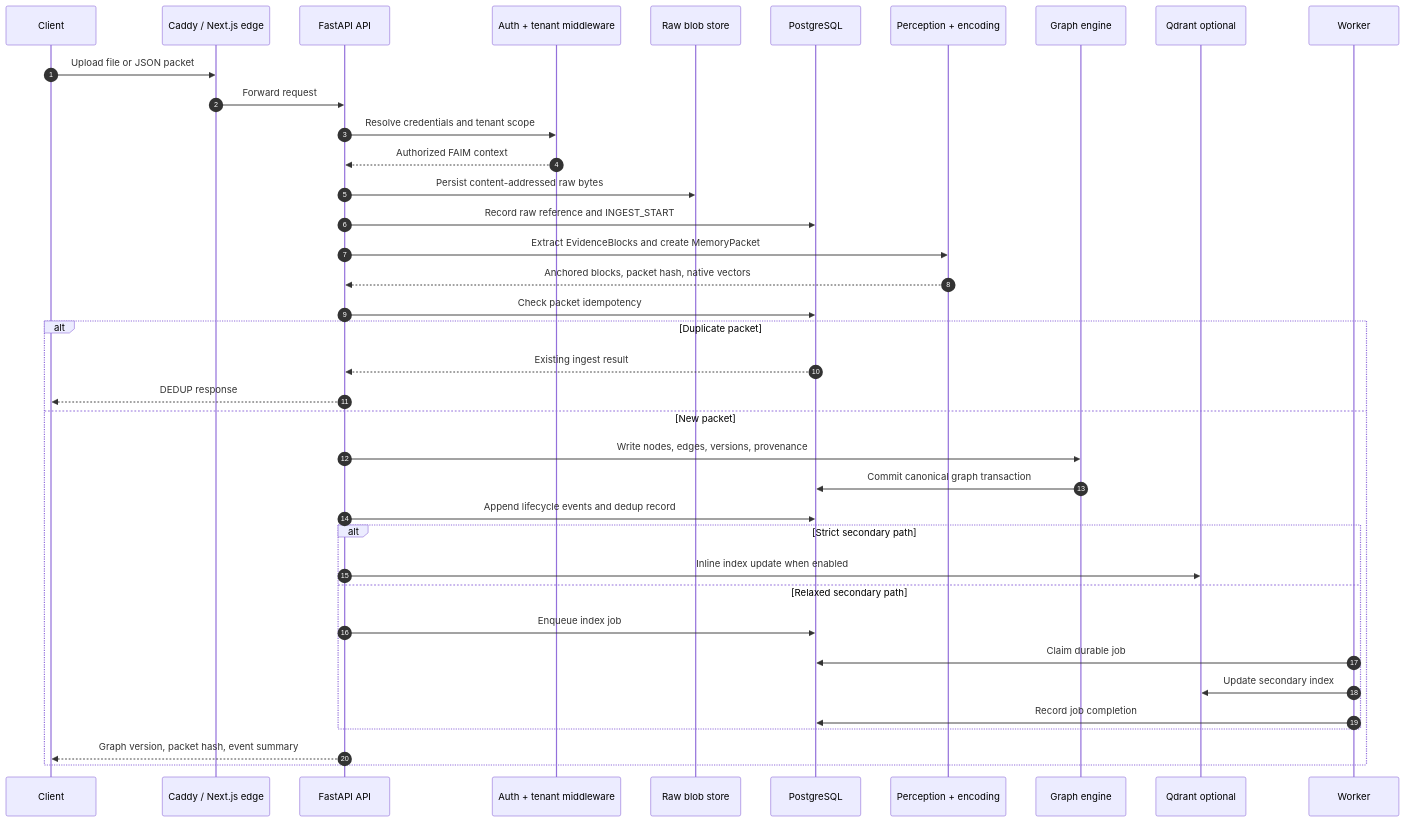
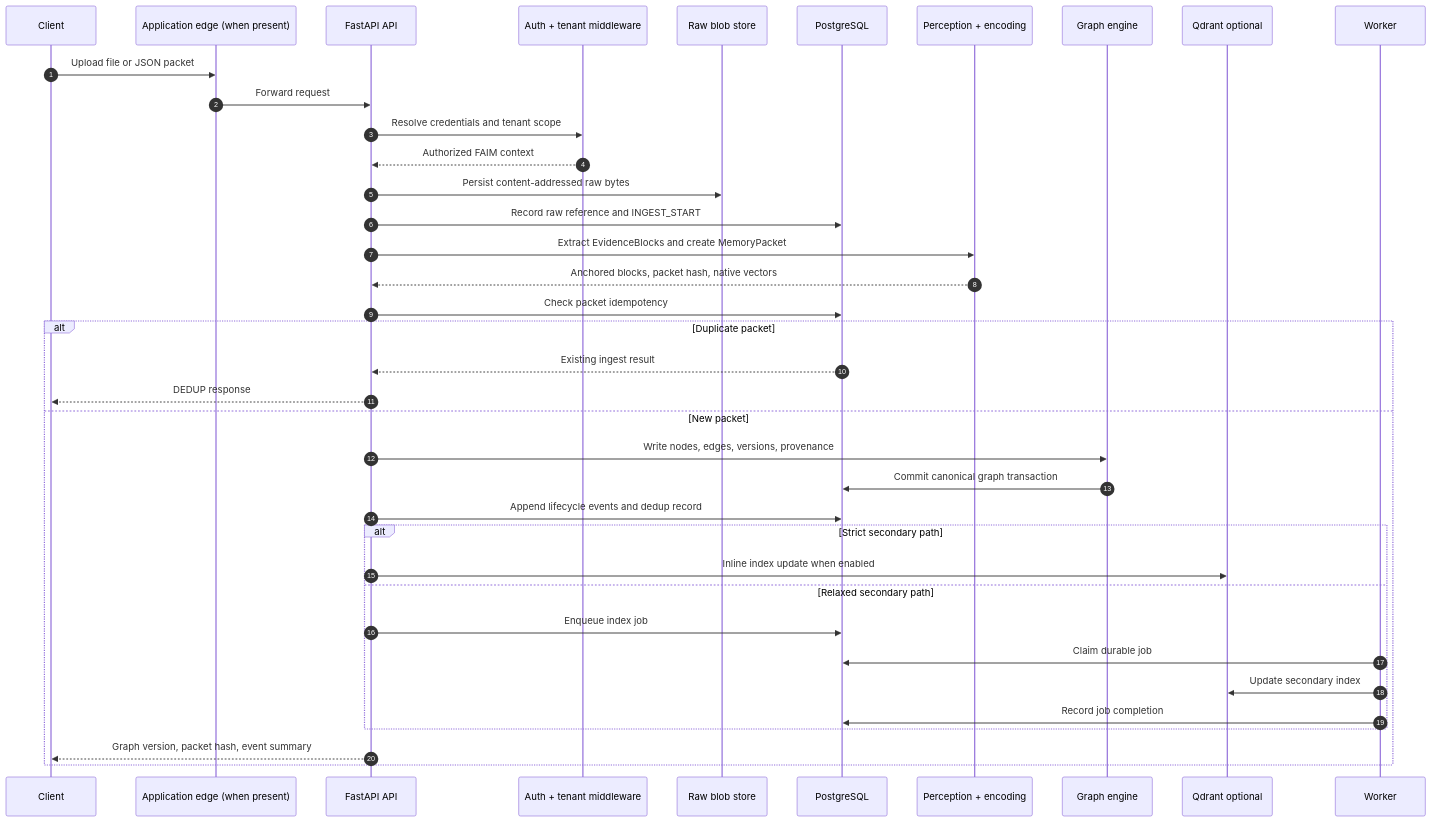
One commit to sainibhaowal/FAIMatrix changed the second of 5 diagrams in README.md. Above: the diagram before and after it, drawn with Mermaid. The commit also changed other lines of this file and 1 other file, not shown here.

Commit message:
docs: make public architecture deployment-neutral

````diff
--- a/README.md
+++ b/README.md
@@ -130,41 +130,41 @@
 ```mermaid
 sequenceDiagram
     autonumber
     participant C as Client
-    participant E as Caddy / Next.js edge
+    participant E as Application edge (when present)
     participant A as FastAPI API
     participant M as Auth + tenant middleware
     participant R as Raw blob store
     participant P as PostgreSQL
     participant X as Perception + encoding
     participant G as Graph engine
     participant Q as Qdrant optional
     participant W as Worker
 
     C->>E: Upload file or JSON packet
     E->>A: Forward request
     A->>M: Resolve credentials and tenant scope
     M-->>A: Authorized FAIM context
     A->>R: Persist content-addressed raw bytes
     A->>P: Record raw reference and INGEST_START
     A->>X: Extract EvidenceBlocks and create MemoryPacket
     X-->>A: Anchored blocks, packet hash, native vectors
     A->>P: Check packet idempotency
     alt Duplicate packet
         P-->>A: Existing ingest result
         A-->>C: DEDUP response
     else New packet
         A->>G: Write nodes, edges, versions, provenance
         G->>P: Commit canonical graph transaction
         A->>P: Append lifecycle events and dedup record
         alt Strict secondary path
             A->>Q: Inline index update when enabled
         else Relaxed secondary path
             A->>P: Enqueue index job
             W->>P: Claim durable job
             W->>Q: Update secondary index
             W->>P: Record job completion
         end
         A-->>C: Graph version, packet hash, event summary
     end
 ```
````
